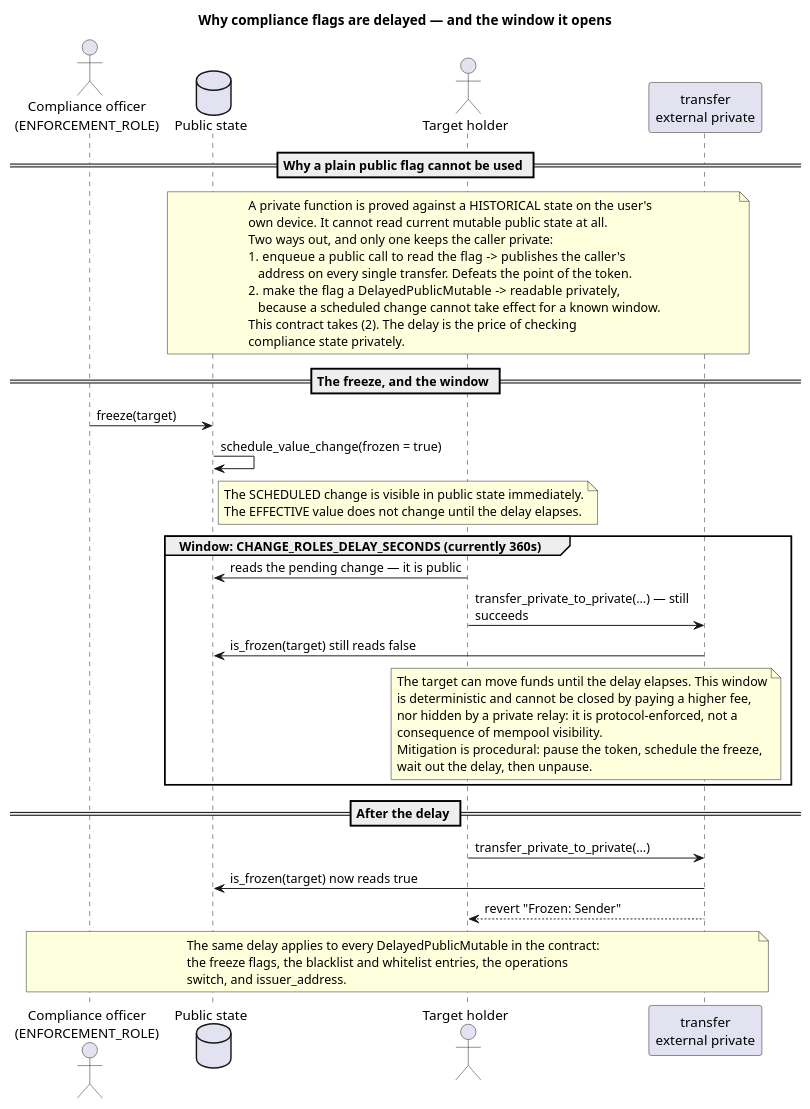
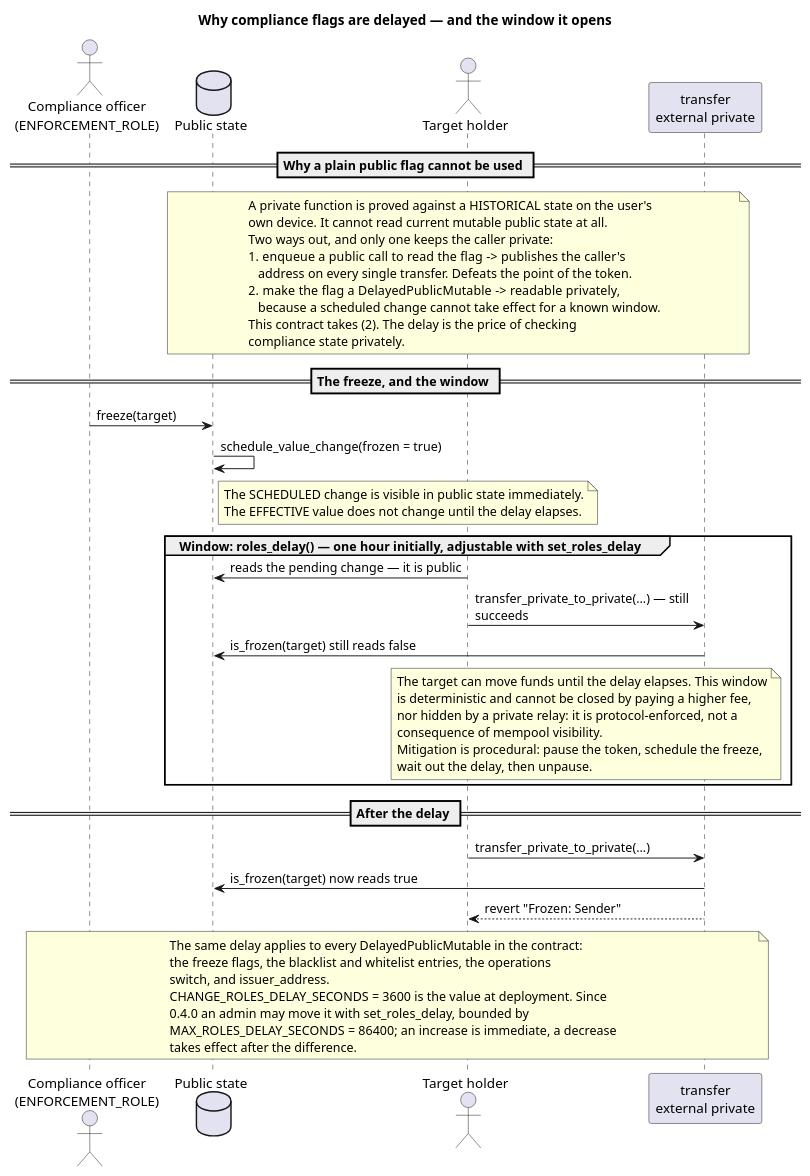
One commit to CMTA/private-CMTAT-aztec changed the diagram in doc/img/delayed-flag.puml. Above: the diagram before and after it, drawn with PlantUML. The commit also changed 11 other files, not shown here.

Commit message:
Fix plantuml diagram

```diff
--- a/doc/img/delayed-flag.puml
+++ b/doc/img/delayed-flag.puml
@@ -1,61 +1,65 @@
 @startuml
 title Why compliance flags are delayed — and the window it opens
 
 skinparam sequenceMessageAlign left
 skinparam maxMessageSize 260
 
 actor "Compliance officer\n(ENFORCEMENT_ROLE)" as Officer
 database "Public state" as PS
 actor "Target holder" as Target
 participant "transfer\nexternal private" as Priv
 
 == Why a plain public flag cannot be used ==
 
 note over Priv, PS
   A private function is proved against a HISTORICAL state on the user's
   own device. It cannot read current mutable public state at all.
   Two ways out, and only one keeps the caller private:
   1. enqueue a public call to read the flag  ->  publishes the caller's
      address on every single transfer. Defeats the point of the token.
   2. make the flag a DelayedPublicMutable  ->  readable privately,
      because a scheduled change cannot take effect for a known window.
   This contract takes (2). The delay is the price of checking
   compliance state privately.
 end note
 
 == The freeze, and the window ==
 
 Officer -> PS : freeze(target)
 PS -> PS : schedule_value_change(frozen = true)
 note right of PS
   The SCHEDULED change is visible in public state immediately.
   The EFFECTIVE value does not change until the delay elapses.
 end note
 
-group Window: CHANGE_ROLES_DELAY_SECONDS (currently 360s)
+group Window: roles_delay() — one hour initially, adjustable with set_roles_delay
   Target -> PS : reads the pending change — it is public
   Target -> Priv : transfer_private_to_private(...) — still succeeds
   Priv -> PS : is_frozen(target) still reads false
   note over Target, Priv
     The target can move funds until the delay elapses. This window
     is deterministic and cannot be closed by paying a higher fee,
     nor hidden by a private relay: it is protocol-enforced, not a
     consequence of mempool visibility.
     Mitigation is procedural: pause the token, schedule the freeze,
     wait out the delay, then unpause.
   end note
 end
 
 == After the delay ==
 
 Target -> Priv : transfer_private_to_private(...)
 Priv -> PS : is_frozen(target) now reads true
 Priv --> Target : revert "Frozen: Sender"
 
 note over Officer, Priv
   The same delay applies to every DelayedPublicMutable in the contract:
   the freeze flags, the blacklist and whitelist entries, the operations
   switch, and issuer_address.
+  CHANGE_ROLES_DELAY_SECONDS = 3600 is the value at deployment. Since
+  0.4.0 an admin may move it with set_roles_delay, bounded by
+  MAX_ROLES_DELAY_SECONDS = 86400; an increase is immediate, a decrease
+  takes effect after the difference.
 end note
 
 @enduml
```
